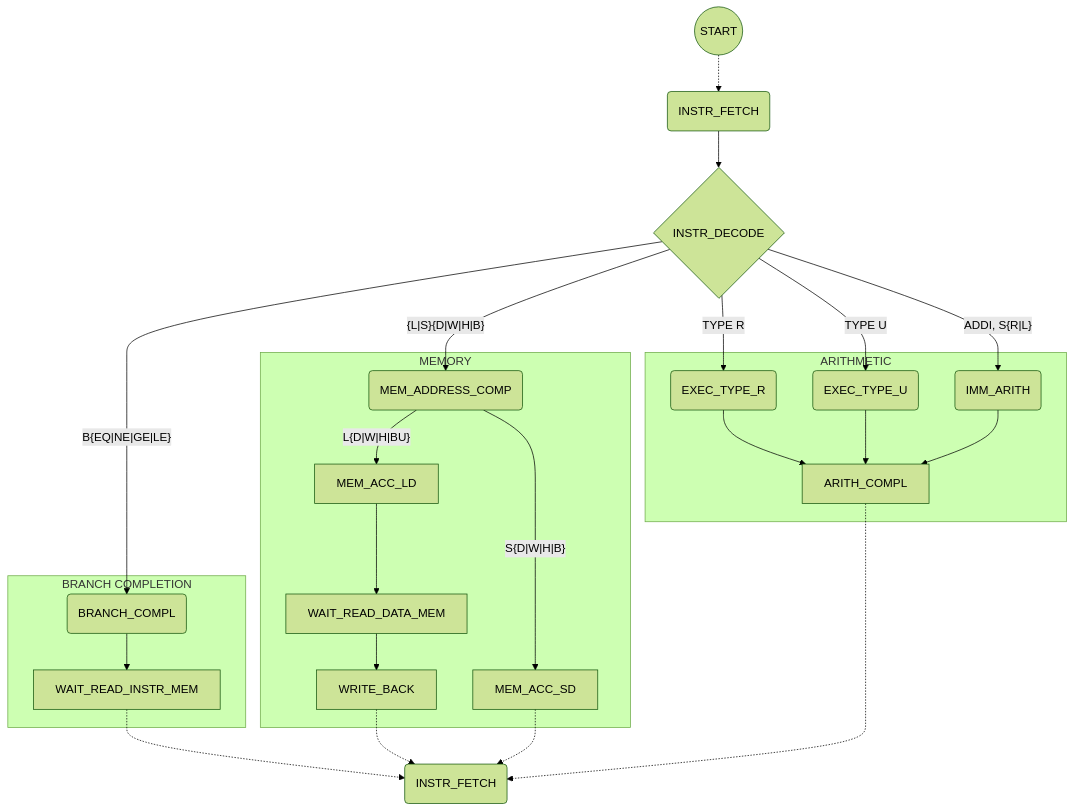
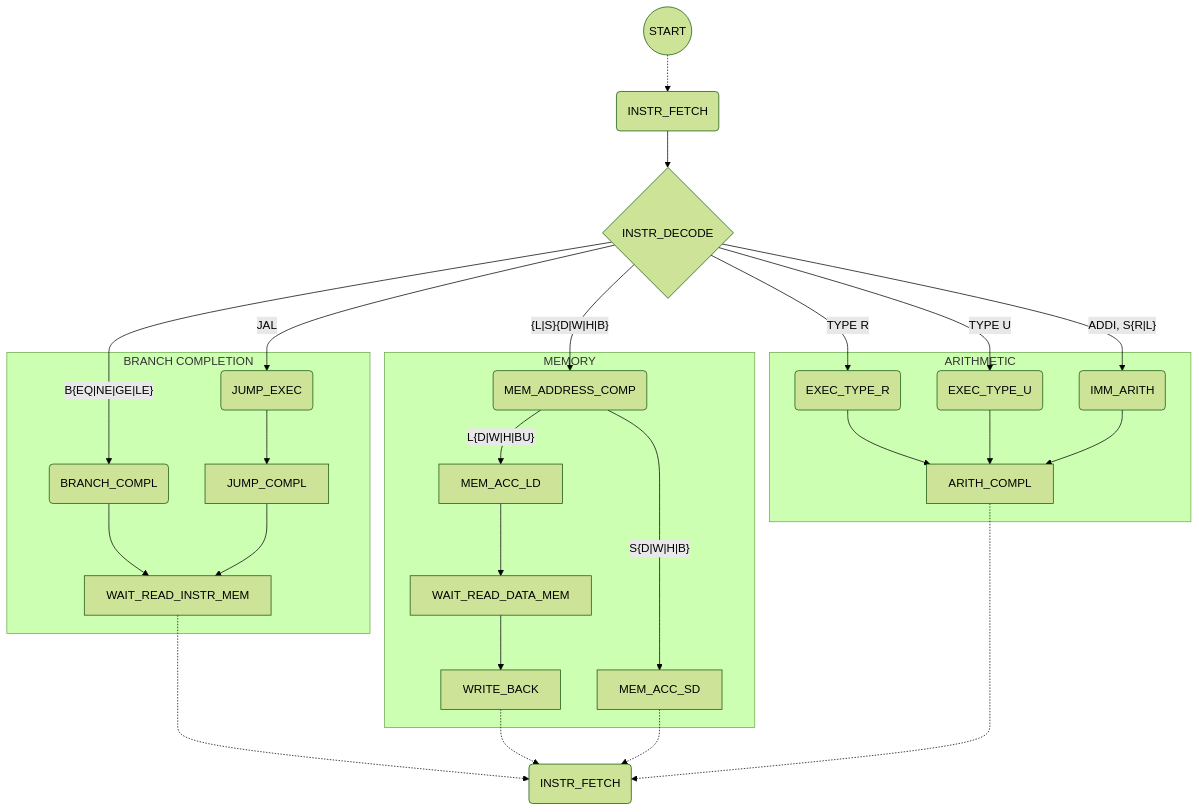
The diagram in docs/state_clearer.mmd (aricneto/RISC-DCCCLXVII), drawn with Mermaid (forest theme) before and after one commit. The commit also changed 8 other files, not shown here.

```diff
--- a/docs/state_clearer.mmd
+++ b/docs/state_clearer.mmd
@@ -1,32 +1,35 @@
 graph TD
 START((START)) -.-> INSTR_FETCH(INSTR_FETCH)
 
 INSTR_FETCH --> INSTR_DECODE{INSTR_DECODE}
 
 INSTR_DECODE -->|"{L|S}{D|W|H|B}"| MEM_ADDRESS_COMP(MEM_ADDRESS_COMP)
 INSTR_DECODE -->|"ADDI, S{R|L}"| IMM_ARITH(IMM_ARITH)
 INSTR_DECODE -->|"TYPE R"| EXEC_TYPE_R(EXEC_TYPE_R)
 INSTR_DECODE -->|"TYPE U"| EXEC_TYPE_U(EXEC_TYPE_U)
 INSTR_DECODE -->|"B{EQ|NE|GE|LE}"| BRANCH_COMPL(BRANCH_COMPL)
+INSTR_DECODE -->|"JAL"| JUMP_EXEC(JUMP_EXEC)
 
 subgraph MEMORY
     MEM_ADDRESS_COMP -->|"L{D|W|H|BU}"| MEM_ACC_LD
     MEM_ADDRESS_COMP -->|"S{D|W|H|B}"| MEM_ACC_SD
     MEM_ACC_LD --> WAIT_READ_DATA_MEM
     WAIT_READ_DATA_MEM --> WRITE_BACK
 end
 
 subgraph ARITHMETIC
     EXEC_TYPE_R --> ARITH_COMPL
     EXEC_TYPE_U --> ARITH_COMPL
     IMM_ARITH   --> ARITH_COMPL
 end
 
 subgraph BRANCH COMPLETION
     BRANCH_COMPL --> WAIT_READ_INSTR_MEM
+    JUMP_EXEC --> JUMP_COMPL
+    JUMP_COMPL --> WAIT_READ_INSTR_MEM
 end
 
 WAIT_READ_INSTR_MEM -.-> f(INSTR_FETCH)
 WRITE_BACK -.-> f
 MEM_ACC_SD -.-> f
 ARITH_COMPL -.-> f
```
